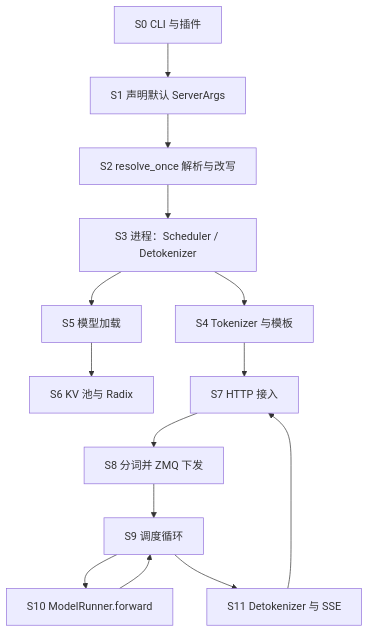
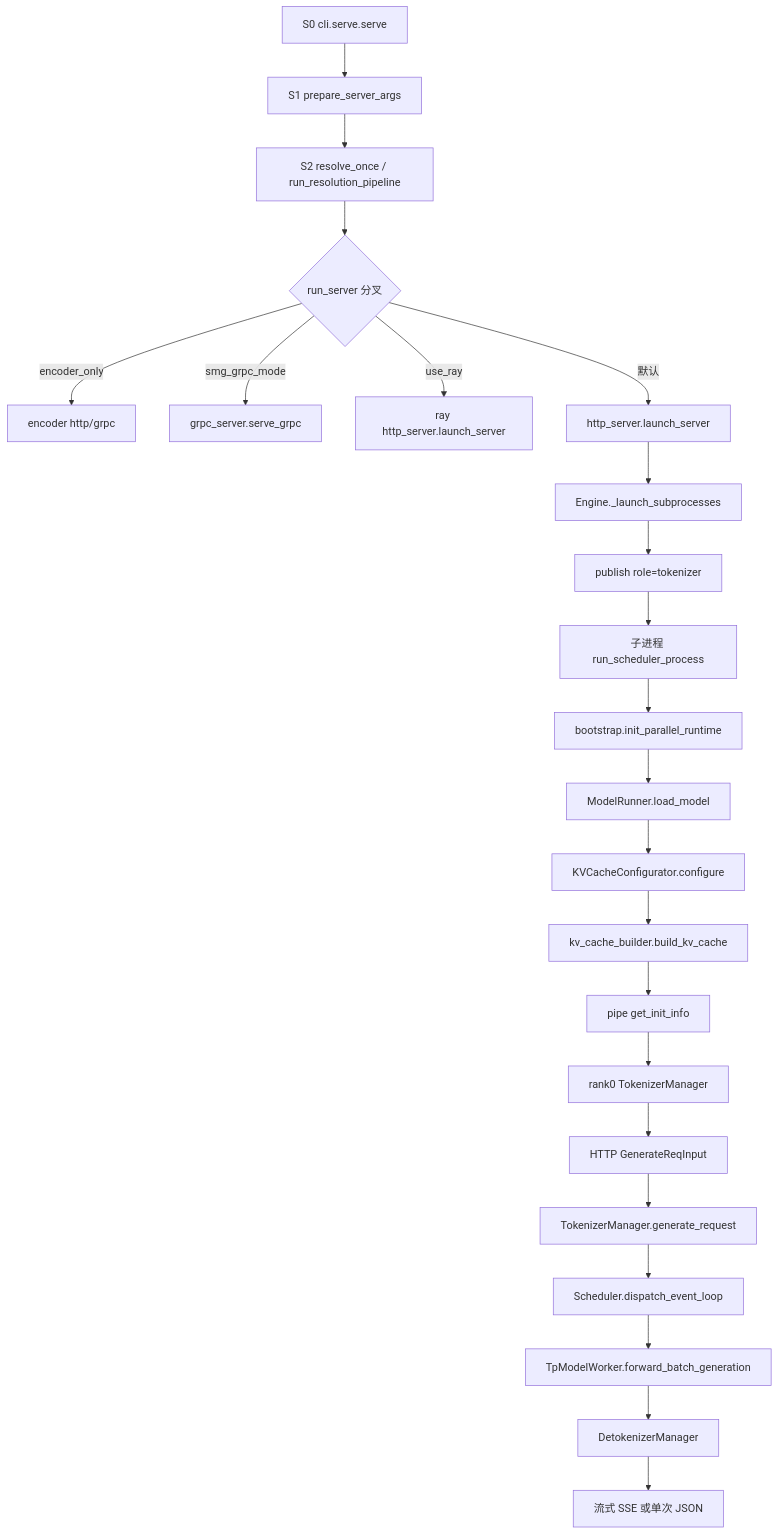
Before and after one commit to wangtong198/sglang: the second of 2 diagrams in docs/my_docs/00-规划与学习路径.md, drawn with Mermaid. The commit also changed other lines of this file and 2 other files, not shown here.

````diff
--- a/docs/my_docs/00-规划与学习路径.md
+++ b/docs/my_docs/00-规划与学习路径.md
@@ -38,16 +50,25 @@
 ```mermaid
 flowchart TD
-  S0["S0 CLI 与插件"] --> S1["S1 声明默认 ServerArgs"]
-  S1 --> S2["S2 resolve_once 解析与改写"]
-  S2 --> S3["S3 进程：Scheduler / Detokenizer"]
-  S3 --> S4["S4 Tokenizer 与模板"]
-  S3 --> S5["S5 模型加载"]
-  S5 --> S6["S6 KV 池与 Radix"]
-  S4 --> S7["S7 HTTP 接入"]
-  S7 --> S8["S8 分词并 ZMQ 下发"]
-  S8 --> S9["S9 调度循环"]
-  S9 --> S10["S10 ModelRunner.forward"]
-  S10 --> S9
-  S9 --> S11["S11 Detokenizer 与 SSE"]
-  S11 --> S7
+  S0["S0 cli.serve.serve"] --> S1["S1 prepare_server_args"]
+  S1 --> S2["S2 resolve_once / run_resolution_pipeline"]
+  S2 --> Fork{"run_server 分叉"}
+  Fork -->|encoder_only| Enc["encoder http/grpc"]
+  Fork -->|smg_grpc_mode| Grpc["grpc_server.serve_grpc"]
+  Fork -->|use_ray| Ray["ray http_server.launch_server"]
+  Fork -->|默认| HTTP["http_server.launch_server"]
+  HTTP --> Eng["Engine._launch_subprocesses"]
+  Eng --> Pub["publish role=tokenizer"]
+  Pub --> Sch["子进程 run_scheduler_process"]
+  Sch --> Dist["bootstrap.init_parallel_runtime"]
+  Dist --> Load["ModelRunner.load_model"]
+  Load --> Pool["KVCacheConfigurator.configure"]
+  Pool --> Tree["kv_cache_builder.build_kv_cache"]
+  Tree --> Ready["pipe get_init_info"]
+  Ready --> Tok["rank0 TokenizerManager"]
+  Tok --> Req["HTTP GenerateReqInput"]
+  Req --> Tm["TokenizerManager.generate_request"]
+  Tm --> Loop["Scheduler.dispatch_event_loop"]
+  Loop --> Fwd["TpModelWorker.forward_batch_generation"]
+  Fwd --> Det["DetokenizerManager"]
+  Det --> SSE["流式 SSE 或单次 JSON"]
 ```
````
